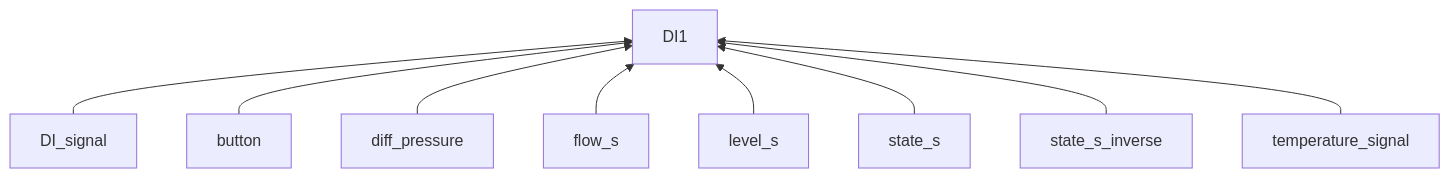
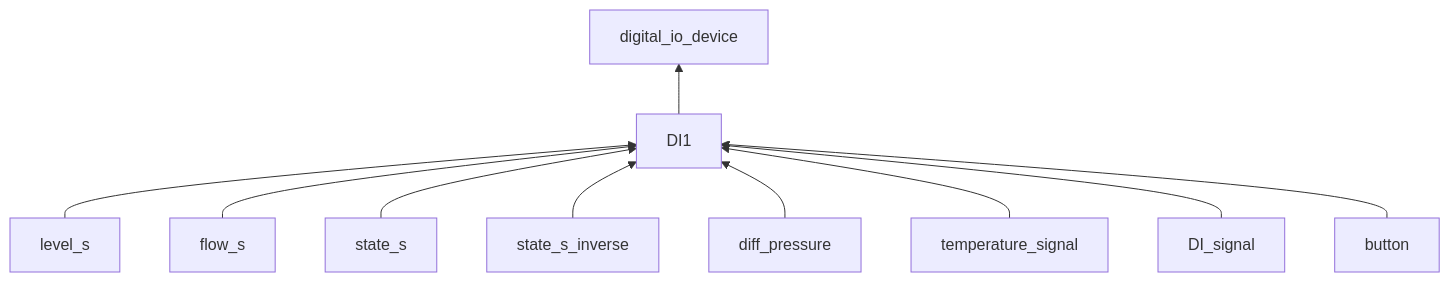
One commit to savushkin-r-d/ptusa_main changed the third of 11 diagrams in docs/class_scheme/readme.md. Above: the diagram before and after it, drawn with Mermaid. The commit also changed other lines of this file, not shown here.

Commit message:
[doc] Update `Mermaid` class diagrams (#1162)

````diff
--- a/docs/class_scheme/readme.md
+++ b/docs/class_scheme/readme.md
@@ -33,11 +41,12 @@
 ```mermaid
 flowchart BT
-    DI_signal-->DI1
-    button-->DI1
-    diff_pressure-->DI1
-    flow_s-->DI1
-    level_s-->DI1
-    state_s-->DI1
-    state_s_inverse-->DI1
-    temperature_signal-->DI1
+    DI1 --> digital_io_device
+    level_s[level_s] --> DI1
+    flow_s[flow_s] --> DI1
+    state_s[state_s] --> DI1
+    state_s_inverse[state_s_inverse] --> DI1
+    diff_pressure[diff_pressure] --> DI1
+    temperature_signal[temperature_signal] --> DI1
+    DI_signal[DI_signal] --> DI1
+    button[button] --> DI1
 ```
````
